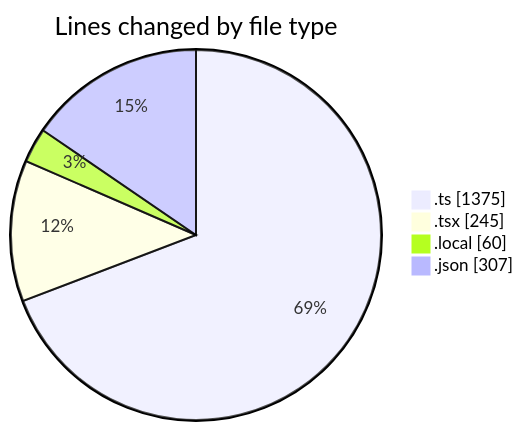
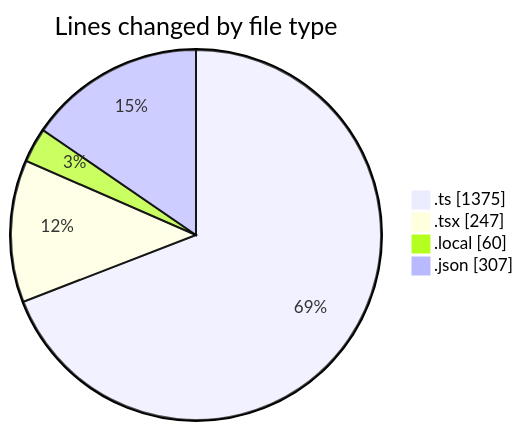
The first of 2 diagrams in 2025-11-26/eventscop-frontend-guide__workspace_/README.md (julien-gomy/code-tracking), drawn with Mermaid before and after one commit. The commit also changed other lines of this file and 1 other file, not shown here.

````diff
--- a/2025-11-26/eventscop-frontend-guide__workspace_/README.md
+++ b/2025-11-26/eventscop-frontend-guide__workspace_/README.md
@@ -27,8 +27,8 @@
 ```mermaid
 pie showData
 title Lines changed by file type
 ".ts" : 1375
-".tsx" : 245
+".tsx" : 247
 ".local" : 60
 ".json" : 307
 ```
````
